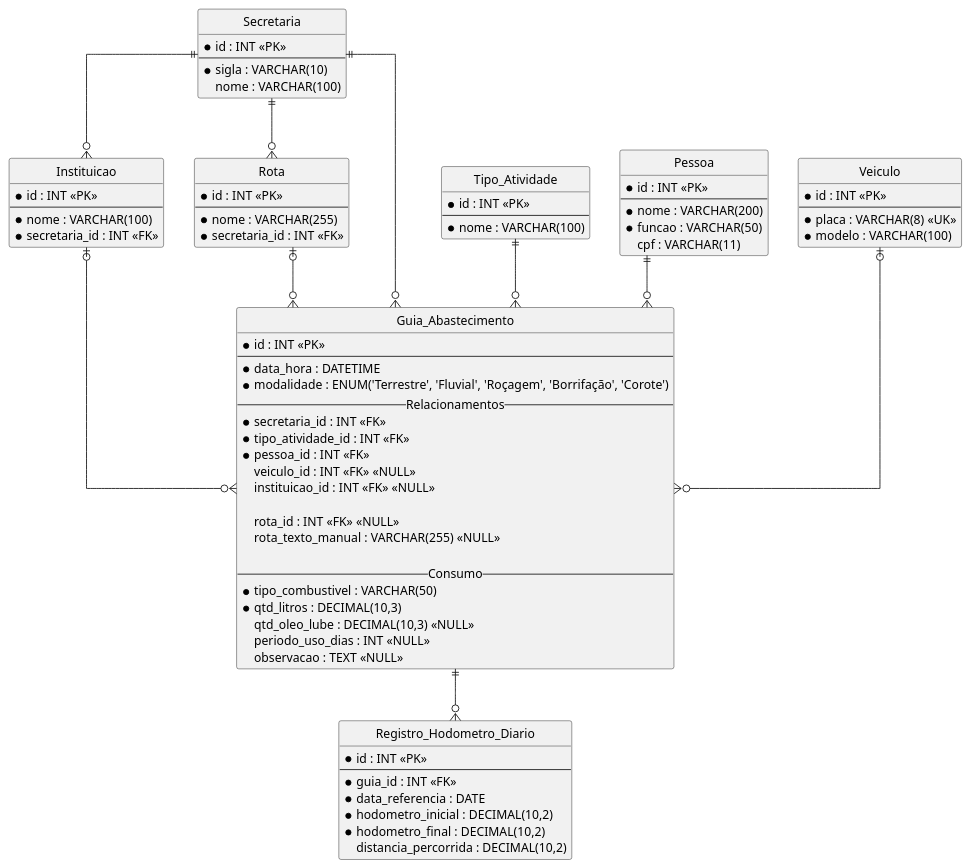
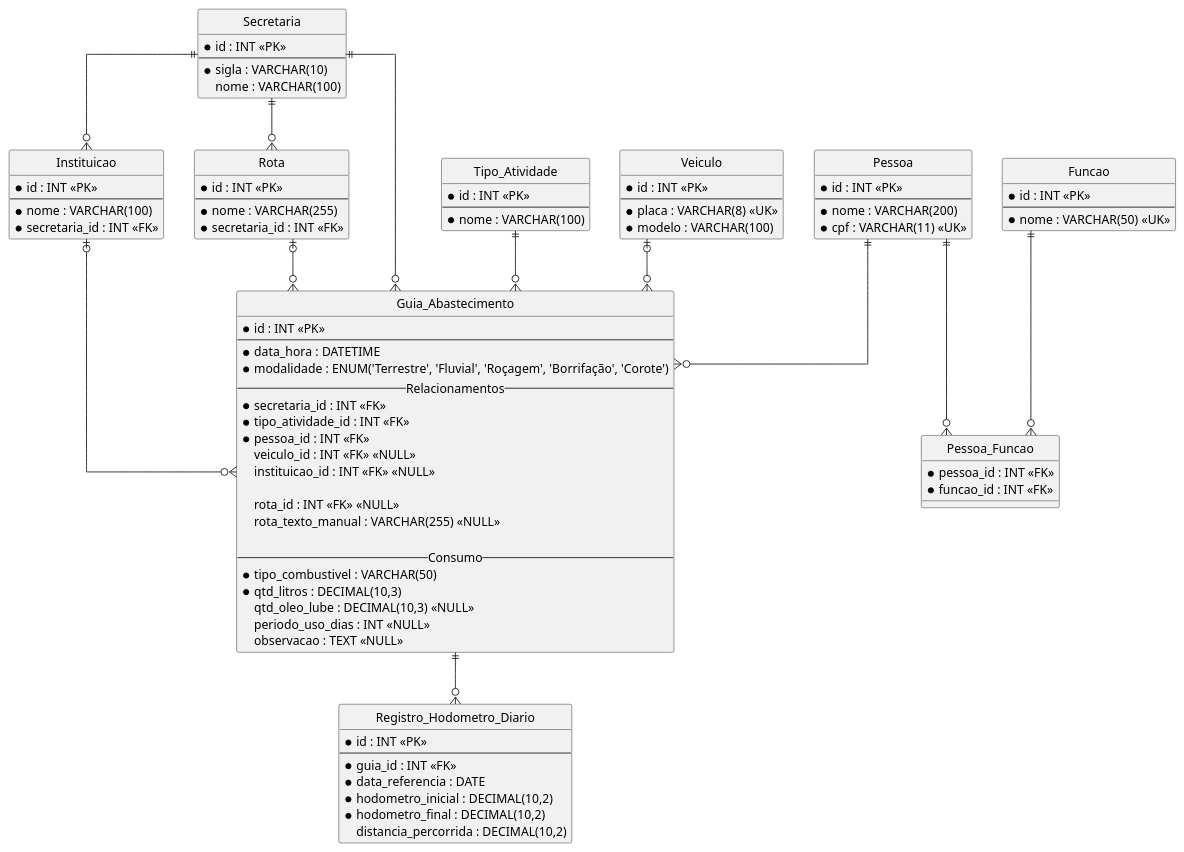
Before and after one commit to AlonsoMCDG/Abastecimento-DITRAM: the diagram in diagrama-bd.puml, drawn with PlantUML. The commit also changed 3 other files, not shown here.

```diff
--- a/diagrama-bd.puml
+++ b/diagrama-bd.puml
@@ -1,93 +1,106 @@
 @startuml
 hide circle
 skinparam linetype ortho
 
 entity "Secretaria" as sec {
   * id : INT <<PK>>
   --
   * sigla : VARCHAR(10)
   nome : VARCHAR(100)
 }
 
 entity "Instituicao" as inst {
   * id : INT <<PK>>
   --
   * nome : VARCHAR(100)
   * secretaria_id : INT <<FK>>
 }
 
-' A "Atividade" administrativa (Endemias, Saúde, etc)
 entity "Tipo_Atividade" as tipo_ativ {
   * id : INT <<PK>>
   --
   * nome : VARCHAR(100)
 }
 
-' Tabela de Rotas Sugeridas (O sistema aprende aqui)
 entity "Rota" as rota {
   * id : INT <<PK>>
   --
   * nome : VARCHAR(255)
   * secretaria_id : INT <<FK>>
 }
 
+' Nova entidade para armazenar os cargos/funções possíveis
+entity "Funcao" as func {
+  * id : INT <<PK>>
+  --
+  * nome : VARCHAR(50) <<UK>>
+}
+
 entity "Pessoa" as pessoa {
   * id : INT <<PK>>
   --
   * nome : VARCHAR(200)
-  * funcao : VARCHAR(50)
-  cpf : VARCHAR(11)
+  * cpf : VARCHAR(11) <<UK>>
+}
+
+' Tabela associativa (N:M) para permitir múltiplas funções
+entity "Pessoa_Funcao" as pessoa_func {
+  * pessoa_id : INT <<FK>>
+  * funcao_id : INT <<FK>>
 }
 
 entity "Veiculo" as veic {
   * id : INT <<PK>>
   --
   * placa : VARCHAR(8) <<UK>>
   * modelo : VARCHAR(100)
 }
 
 entity "Guia_Abastecimento" as guia {
   * id : INT <<PK>>
   --
   * data_hora : DATETIME
   * modalidade : ENUM('Terrestre', 'Fluvial', 'Roçagem', 'Borrifação', 'Corote')
   -- Relacionamentos --
   * secretaria_id : INT <<FK>>
   * tipo_atividade_id : INT <<FK>>
   * pessoa_id : INT <<FK>>
   veiculo_id : INT <<FK>> <<NULL>>
   instituicao_id : INT <<FK>> <<NULL>>
   
-  ' Rota vinculada (se selecionada da lista)
   rota_id : INT <<FK>> <<NULL>>
-  ' Rota manual (se digitada na hora)
   rota_texto_manual : VARCHAR(255) <<NULL>>
   
   -- Consumo --
   * tipo_combustivel : VARCHAR(50)
   * qtd_litros : DECIMAL(10,3)
   qtd_oleo_lube : DECIMAL(10,3) <<NULL>>
   periodo_uso_dias : INT <<NULL>> 
   observacao : TEXT <<NULL>>
 }
 
 entity "Registro_Hodometro_Diario" as log_hodo {
   * id : INT <<PK>>
   --
   * guia_id : INT <<FK>>
   * data_referencia : DATE
   * hodometro_inicial : DECIMAL(10,2)
   * hodometro_final : DECIMAL(10,2)
   distancia_percorrida : DECIMAL(10,2)
 }
 
 sec ||--o{ inst
 sec ||--o{ rota
 sec ||--o{ guia
 tipo_ativ ||--o{ guia
 rota |o--o{ guia
 pessoa ||--o{ guia
 veic |o--o{ guia
 inst |o--o{ guia
 guia ||--o{ log_hodo
+
+' Relacionamentos da nova estrutura N:M
+pessoa ||--o{ pessoa_func
+func ||--o{ pessoa_func
+
 @enduml
```
